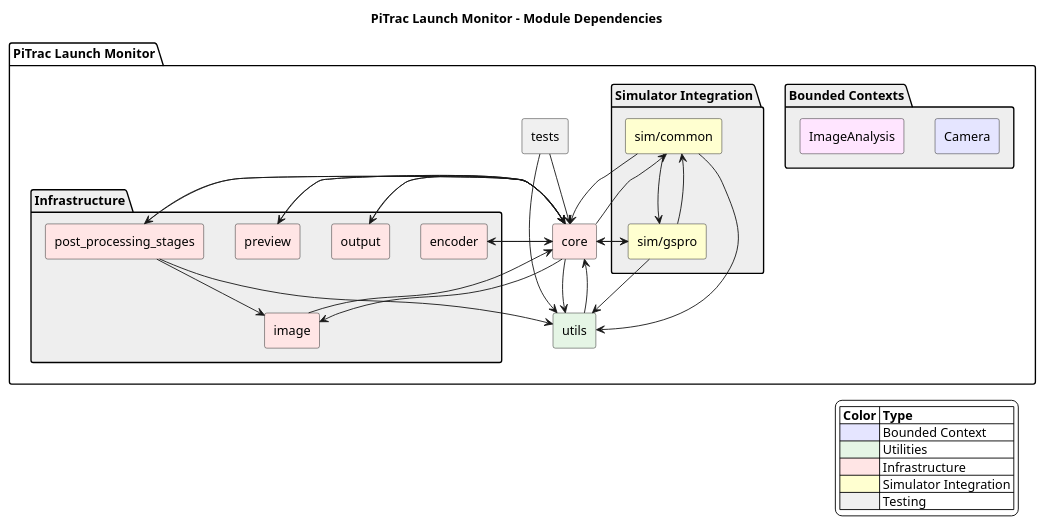
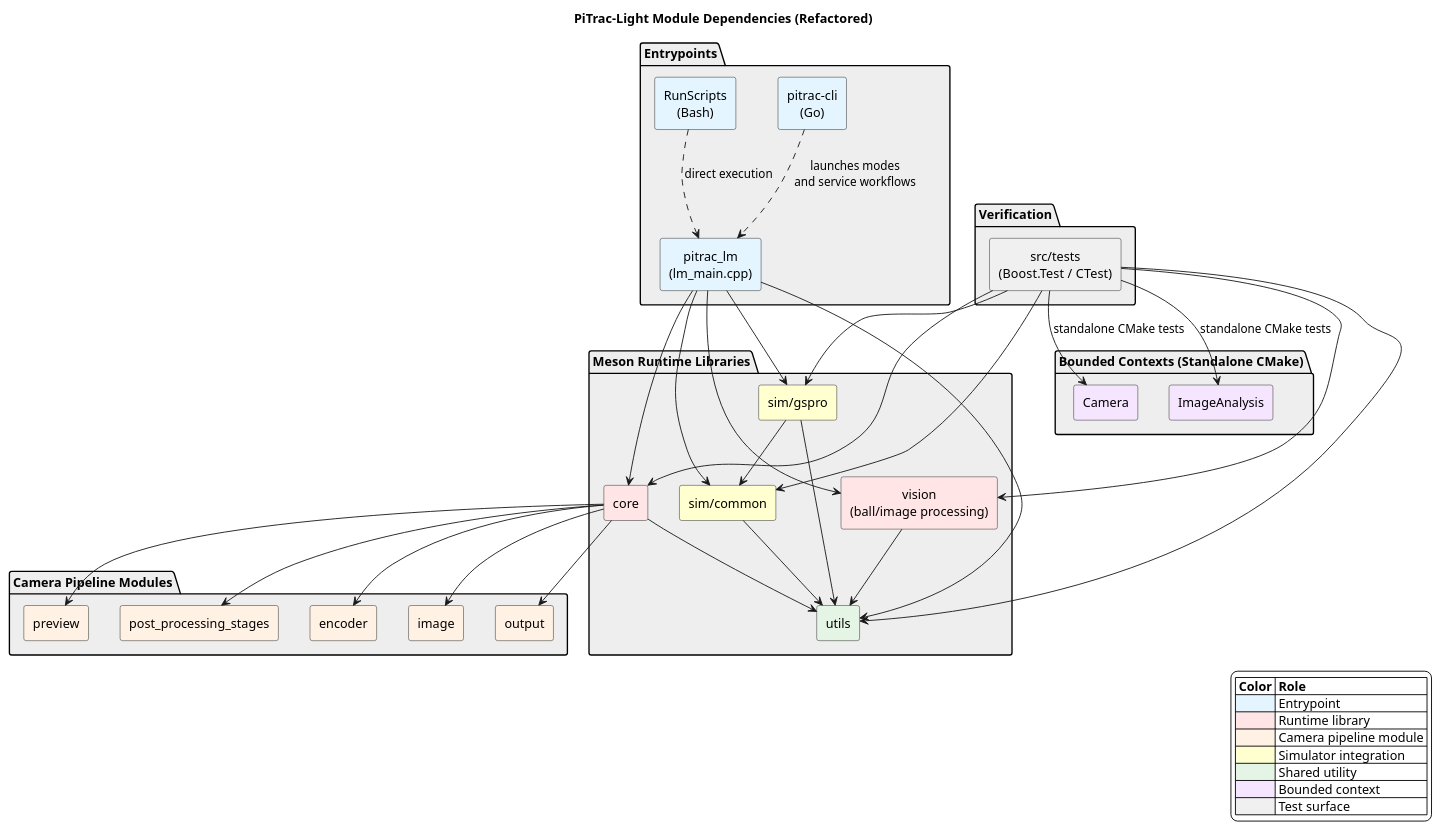
Before and after one commit to digitalhand/pitrac-light: the diagram in assets/diagram/module-dependencies.puml, drawn with PlantUML. The commit also changed 70 other files, not shown here.

```diff
--- a/assets/diagram/module-dependencies.puml
+++ b/assets/diagram/module-dependencies.puml
@@ -1,67 +1,80 @@
 @startuml
 skinparam componentStyle rectangle
 skinparam backgroundColor white
 skinparam defaultTextAlignment center
 
-title PiTrac Launch Monitor - Module Dependencies
+title PiTrac-Light Module Dependencies (Refactored)
 
-package "PiTrac Launch Monitor" {
+package "Entrypoints" #EEEEEE {
+  component [pitrac-cli\n(Go)] as cli #E5F5FF
+  component [RunScripts\n(Bash)] as scripts #E5F5FF
+  component [pitrac_lm\n(lm_main.cpp)] as lm #E5F5FF
+}
 
-  package "Bounded Contexts" #EEEEEE {
-    component [Camera] as Camera #E5E5FF
-    component [ImageAnalysis] as ImageAnalysis #FFE5FF
-  }
-
-  package "Infrastructure" #EEEEEE {
-    component [encoder] as encoder #FFE5E5
-    component [image] as image #FFE5E5
-    component [output] as output #FFE5E5
-    component [post_processing_stages] as post_processing_stages #FFE5E5
-    component [preview] as preview #FFE5E5
-  }
-
-  package "Simulator Integration" #EEEEEE {
-    component [sim/common] as sim_common #FFFFD0
-    component [sim/gspro] as sim_gspro #FFFFD0
-  }
-
+package "Meson Runtime Libraries" #EEEEEE {
   component [core] as core #FFE5E5
-  component [tests] as tests #F0F0F0
+  component [vision\n(ball/image processing)] as vision #FFE5E5
+  component [sim/common] as sim_common #FFFFD0
+  component [sim/gspro] as sim_gspro #FFFFD0
   component [utils] as utils #E5F5E5
 }
+
+package "Camera Pipeline Modules" #EEEEEE {
+  component [encoder] as encoder #FFF2E5
+  component [image] as image #FFF2E5
+  component [output] as output #FFF2E5
+  component [preview] as preview #FFF2E5
+  component [post_processing_stages] as post #FFF2E5
+}
+
+package "Bounded Contexts (Standalone CMake)" #EEEEEE {
+  component [Camera] as camera_bc #F5E5FF
+  component [ImageAnalysis] as image_bc #F5E5FF
+}
+
+package "Verification" #EEEEEE {
+  component [src/tests\n(Boost.Test / CTest)] as tests #F0F0F0
+}
+
+cli ..> lm : launches modes\nand service workflows
+scripts ..> lm : direct execution
+
+lm --> core
+lm --> vision
+lm --> sim_common
+lm --> sim_gspro
+lm --> utils
 
 core --> encoder
 core --> image
 core --> output
-core --> post_processing_stages
 core --> preview
-core --> sim_common
-core --> sim_gspro
+core --> post
+
 core --> utils
-encoder --> core
-image --> core
-output --> core
-post_processing_stages --> core
-post_processing_stages --> image
-post_processing_stages --> utils
-preview --> core
-sim_common --> core
-sim_common --> sim_gspro
+vision --> utils
 sim_common --> utils
-sim_gspro --> core
 sim_gspro --> sim_common
 sim_gspro --> utils
+
 tests --> core
+tests --> vision
+tests --> sim_common
+tests --> sim_gspro
 tests --> utils
-utils --> core
+
+tests --> camera_bc : standalone CMake tests
+tests --> image_bc : standalone CMake tests
 
 legend right
-  |= Color |= Type |
-  | <#E5E5FF> | Bounded Context |
-  | <#E5F5E5> | Utilities |
-  | <#FFE5E5> | Infrastructure |
-  | <#FFFFD0> | Simulator Integration |
-  | <#F0F0F0> | Testing |
+  |= Color |= Role |
+  | <#E5F5FF> | Entrypoint |
+  | <#FFE5E5> | Runtime library |
+  | <#FFF2E5> | Camera pipeline module |
+  | <#FFFFD0> | Simulator integration |
+  | <#E5F5E5> | Shared utility |
+  | <#F5E5FF> | Bounded context |
+  | <#F0F0F0> | Test surface |
 endlegend
 
 @enduml
```
